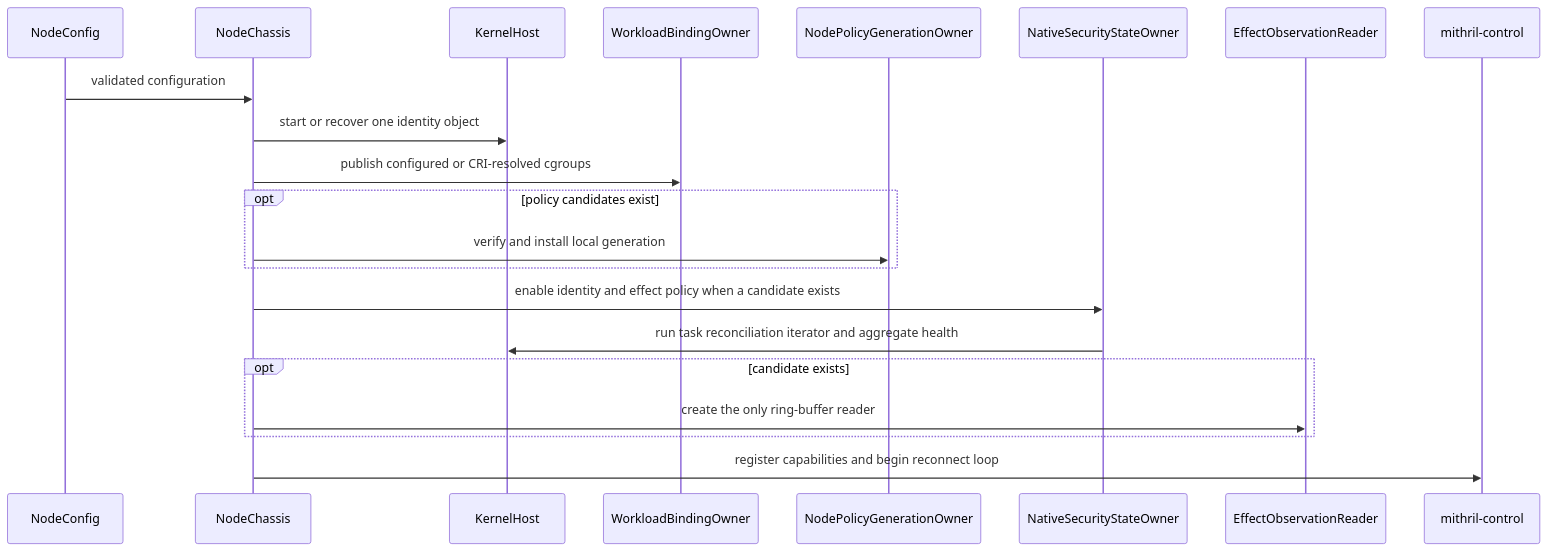
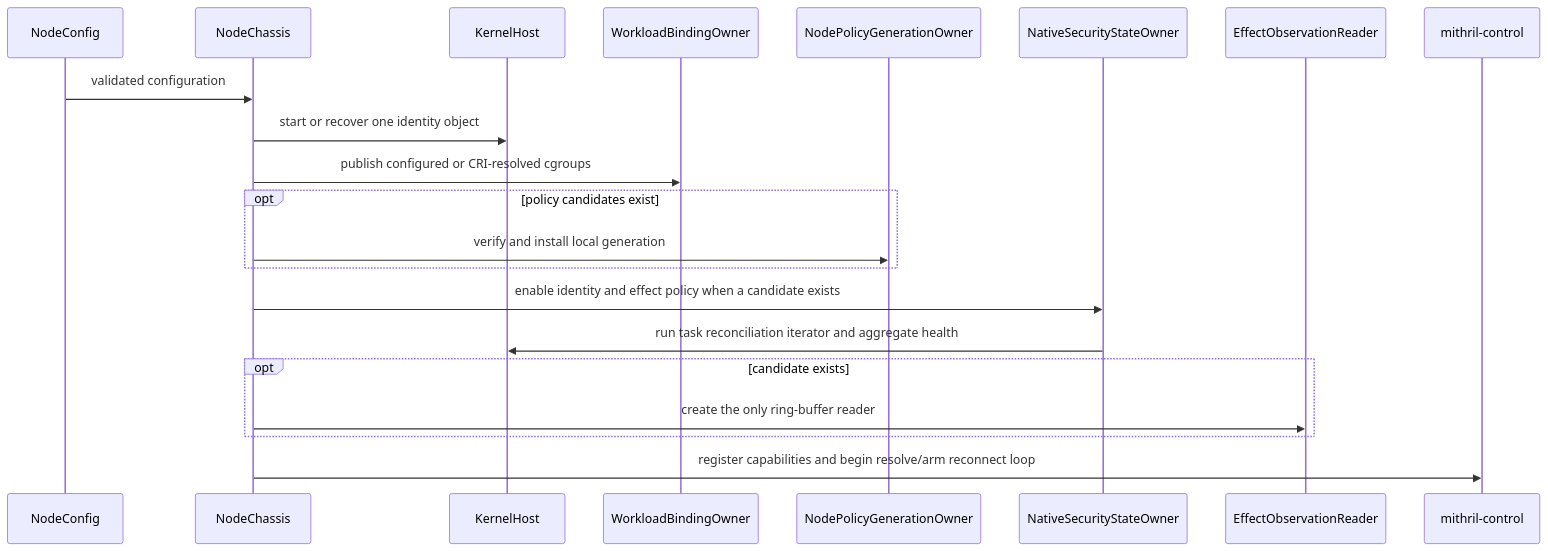
The fourth of 20 diagrams in docs/plans/mithril-hugging-face-intrusion-prevention/implemented-phase-review.md (Ereborlabs/erebor-runtime), drawn with Mermaid before and after one commit. The commit also changed other lines of this file and 67 other files, not shown here.

````diff
--- a/docs/plans/mithril-hugging-face-intrusion-prevention/implemented-phase-review.md
+++ b/docs/plans/mithril-hugging-face-intrusion-prevention/implemented-phase-review.md
@@ -295,24 +302,24 @@
 ```mermaid
 sequenceDiagram
     participant Config as NodeConfig
     participant Node as NodeChassis
     participant Host as KernelHost
     participant Binding as WorkloadBindingOwner
     participant Policy as NodePolicyGenerationOwner
     participant Native as NativeSecurityStateOwner
     participant Ring as EffectObservationReader
     participant Control as mithril-control
 
     Config->>Node: validated configuration
     Node->>Host: start or recover one identity object
     Node->>Binding: publish configured or CRI-resolved cgroups
     opt policy candidates exist
         Node->>Policy: verify and install local generation
     end
     Node->>Native: enable identity and effect policy when a candidate exists
     Native->>Host: run task reconciliation iterator and aggregate health
     opt candidate exists
         Node->>Ring: create the only ring-buffer reader
     end
-    Node->>Control: register capabilities and begin reconnect loop
+    Node->>Control: register capabilities and begin resolve/arm reconnect loop
 ```
````
